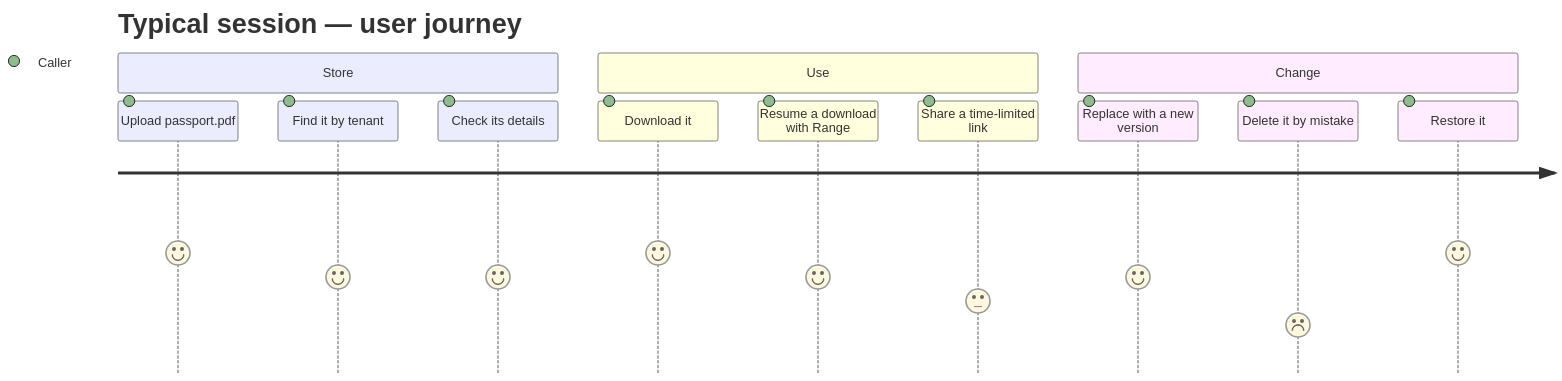
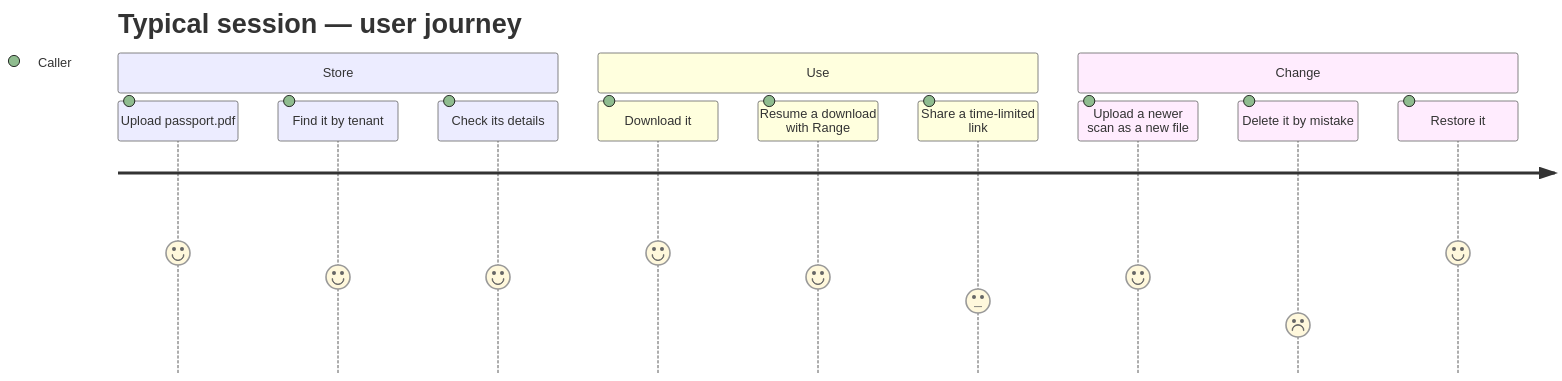
One commit to gmetskhvarishvili/GM.FileStorage.Samples changed the tenth of 10 diagrams in docs/user-flows.md. Above: the diagram before and after it, drawn with Mermaid. The commit also changed other lines of this file and 17 other files, not shown here.

````diff
--- a/docs/user-flows.md
+++ b/docs/user-flows.md
@@ -204,16 +180,16 @@
 ```mermaid
 journey
     title Typical session — user journey
     section Store
       Upload passport.pdf: 5: Caller
       Find it by tenant: 4: Caller
       Check its details: 4: Caller
     section Use
       Download it: 5: Caller
       Resume a download with Range: 4: Caller
       Share a time-limited link: 3: Caller
     section Change
-      Replace with a new version: 4: Caller
+      Upload a newer scan as a new file: 4: Caller
       Delete it by mistake: 2: Caller
       Restore it: 5: Caller
 ```
````
